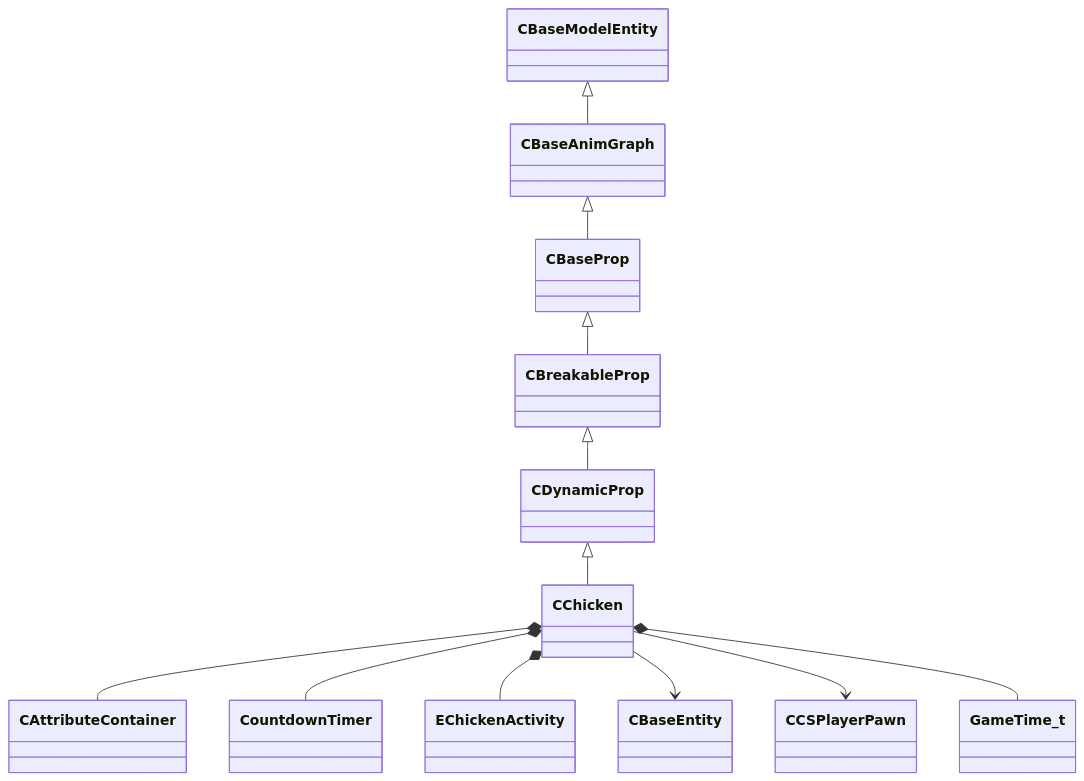
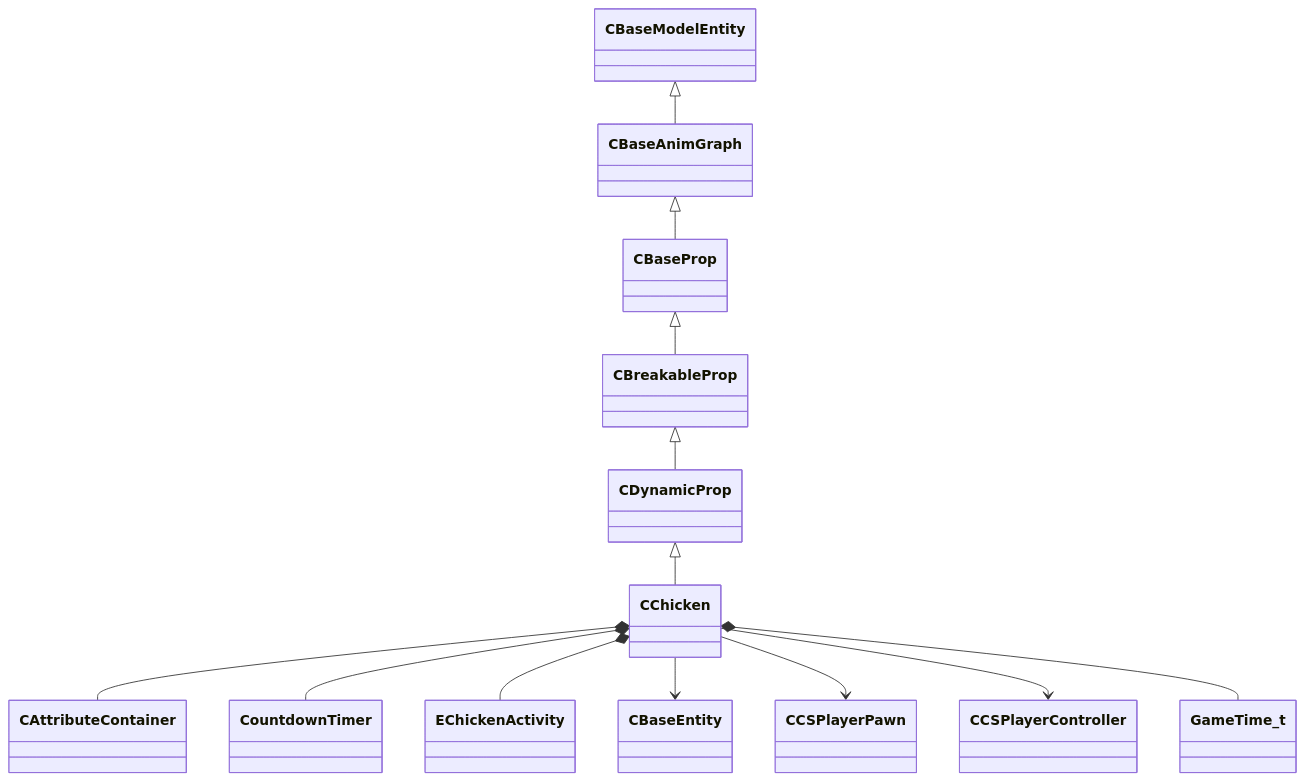
The diagram in docs/generated/schemas/server/CChicken.md (CS2OpenDev/CS2OpenDev-Docs), drawn with Mermaid before and after one commit. The commit also changed other lines of this file and 4654 other files, not shown here.

Commit message:
docs: regenerate for SchemaTracker build 25947352 [skip ci]

````diff
--- a/docs/generated/schemas/server/CChicken.md
+++ b/docs/generated/schemas/server/CChicken.md
@@ -19,14 +19,15 @@
 ```mermaid
 classDiagram
     CDynamicProp <|-- CChicken
     CBreakableProp <|-- CDynamicProp
     CBaseProp <|-- CBreakableProp
     CBaseAnimGraph <|-- CBaseProp
     CBaseModelEntity <|-- CBaseAnimGraph
     CChicken *-- CAttributeContainer
     CChicken *-- CountdownTimer
     CChicken *-- EChickenActivity
     CChicken --> CBaseEntity
     CChicken --> CCSPlayerPawn
+    CChicken --> CCSPlayerController
     CChicken *-- GameTime_t
 ```
````
